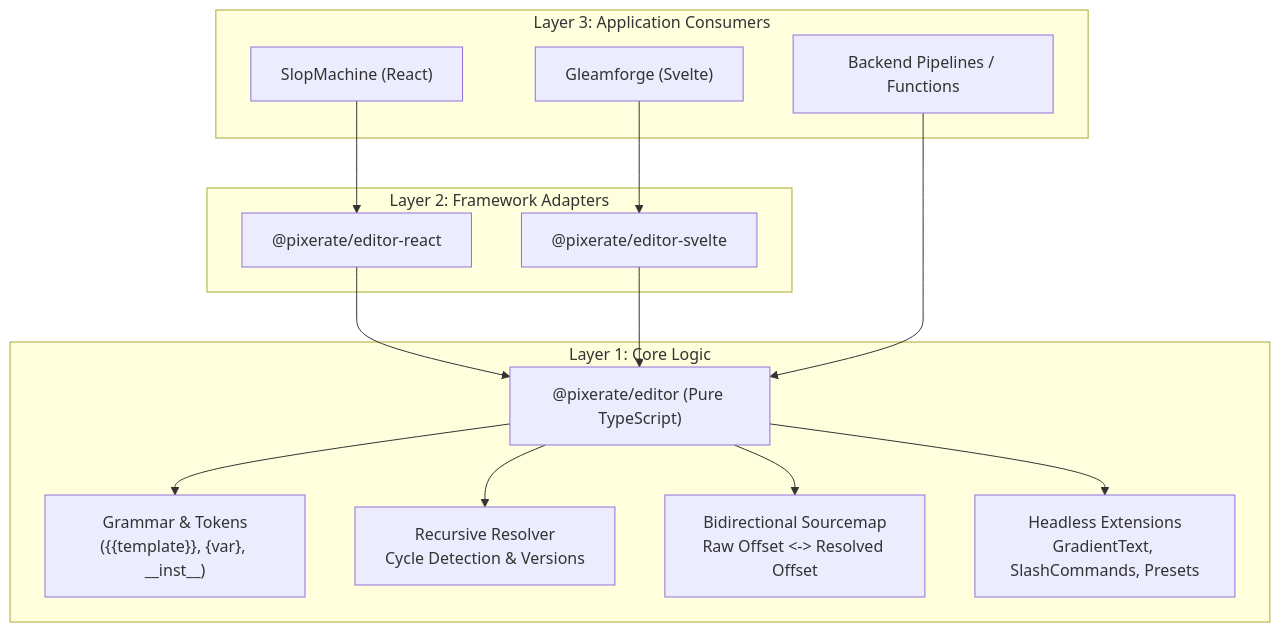
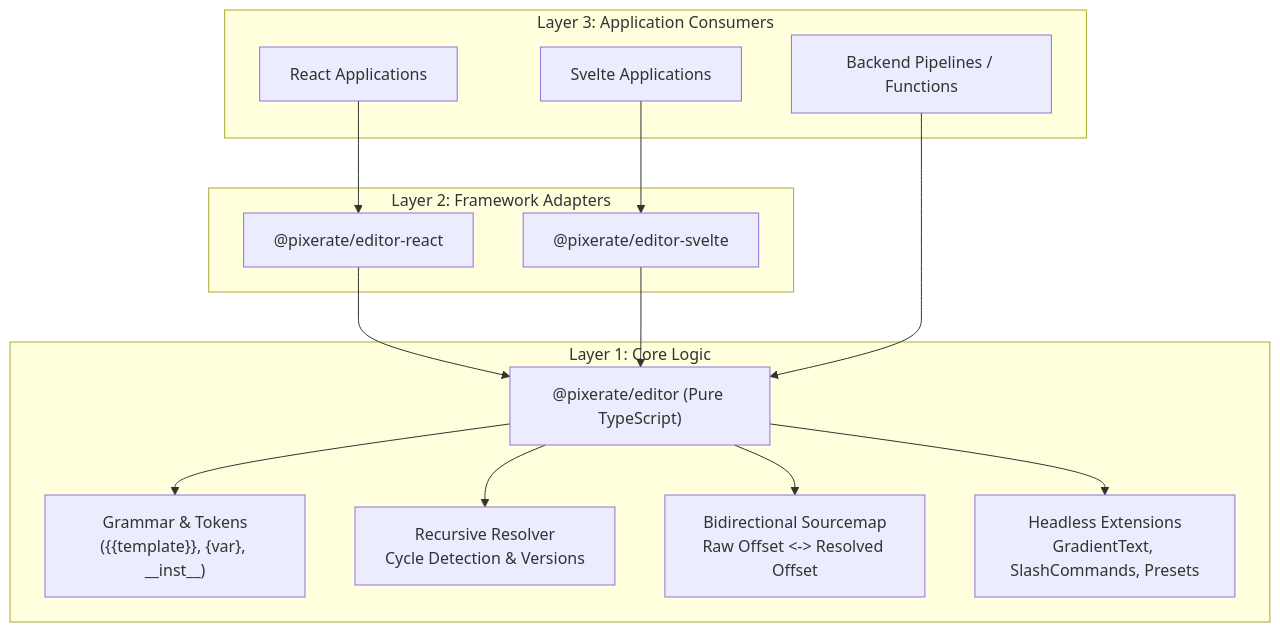
The diagram in README.md (Pixerate/editor), drawn with Mermaid before and after one commit. The commit also changed other lines of this file and 9 other files, not shown here.

Commit message:
chore(monorepo): remove all references to gleamforge and slop machine

````diff
--- a/README.md
+++ b/README.md
@@ -43,21 +43,21 @@
 ```mermaid
 graph TD
     subgraph Layer 1: Core Logic
         A["@pixerate/editor (Pure TypeScript)"]
         A --> B["Grammar & Tokens<br/>({{template}}, {var}, __inst__)"]
         A --> C["Recursive Resolver<br/>Cycle Detection & Versions"]
         A --> D["Bidirectional Sourcemap<br/>Raw Offset <-> Resolved Offset"]
         A --> E["Headless Extensions<br/>GradientText, SlashCommands, Presets"]
     end
 
     subgraph Layer 2: Framework Adapters
         F["@pixerate/editor-react"] --> A
         G["@pixerate/editor-svelte"] --> A
     end
 
     subgraph Layer 3: Application Consumers
-        H["SlopMachine (React)"] --> F
-        I["Gleamforge (Svelte)"] --> G
+        H["React Applications"] --> F
+        I["Svelte Applications"] --> G
         J["Backend Pipelines / Functions"] --> A
     end
 ```
````
